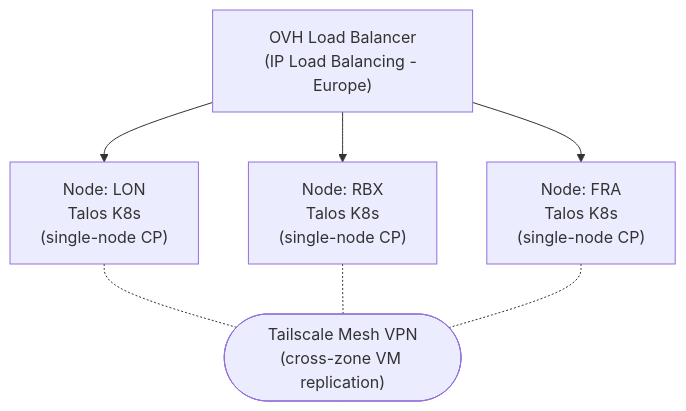
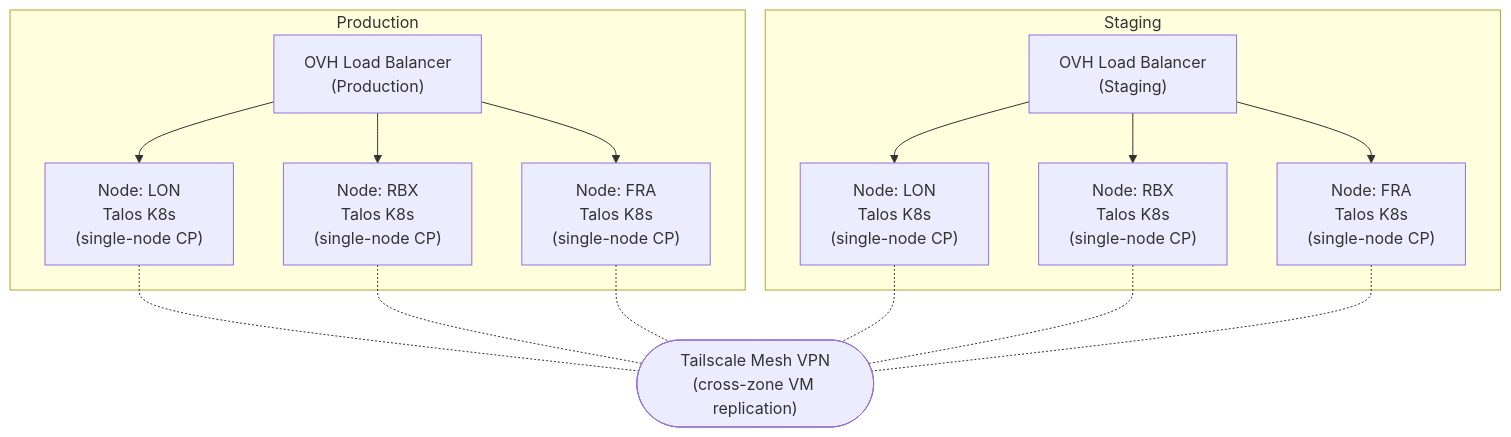
The first of 6 diagrams in README.md (immich-app/yucca-o11y), drawn with Mermaid before and after one commit. The commit also changed other lines of this file and 12 other files, not shown here.

````diff
--- a/README.md
+++ b/README.md
@@ -39,15 +39,30 @@
 ```mermaid
 graph TD
-    LB["OVH Load Balancer<br/>(IP Load Balancing - Europe)"]
-    LON["Node: LON<br/>Talos K8s<br/>(single-node CP)"]
-    RBX["Node: RBX<br/>Talos K8s<br/>(single-node CP)"]
-    FRA["Node: FRA<br/>Talos K8s<br/>(single-node CP)"]
+    subgraph PROD ["Production"]
+        PLB["OVH Load Balancer<br/>(Production)"]
+        PLON["Node: LON<br/>Talos K8s<br/>(single-node CP)"]
+        PRBX["Node: RBX<br/>Talos K8s<br/>(single-node CP)"]
+        PFRA["Node: FRA<br/>Talos K8s<br/>(single-node CP)"]
+        PLB --> PLON
+        PLB --> PRBX
+        PLB --> PFRA
+    end
+
+    subgraph STG ["Staging"]
+        SLB["OVH Load Balancer<br/>(Staging)"]
+        SLON["Node: LON<br/>Talos K8s<br/>(single-node CP)"]
+        SRBX["Node: RBX<br/>Talos K8s<br/>(single-node CP)"]
+        SFRA["Node: FRA<br/>Talos K8s<br/>(single-node CP)"]
+        SLB --> SLON
+        SLB --> SRBX
+        SLB --> SFRA
+    end
+
     TS(["Tailscale Mesh VPN<br/>(cross-zone VM replication)"])
-
-    LB --> LON
-    LB --> RBX
-    LB --> FRA
-    LON -.- TS
-    RBX -.- TS
-    FRA -.- TS
+    PLON -.- TS
+    PRBX -.- TS
+    PFRA -.- TS
+    SLON -.- TS
+    SRBX -.- TS
+    SFRA -.- TS
 ```
````
